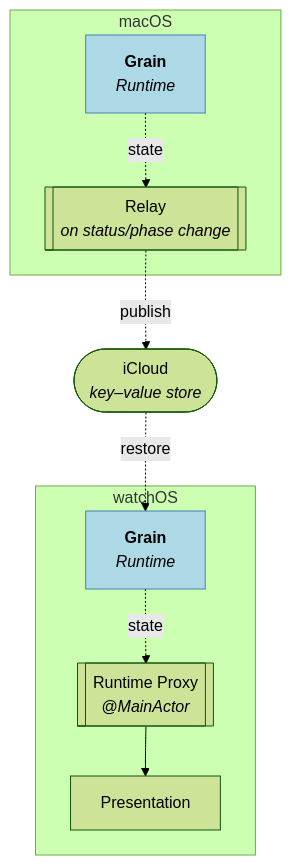
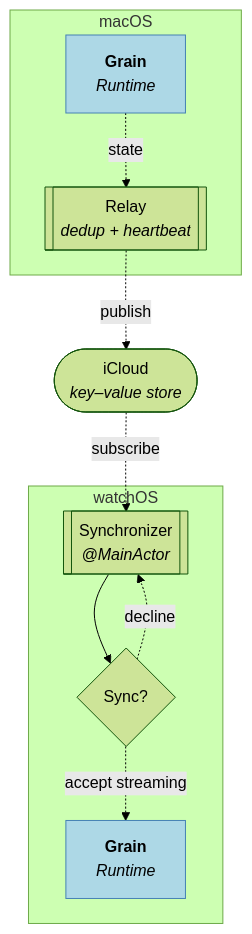
Before and after one commit to vitalydolgov/grain-desktop: the second of 2 diagrams in CLAUDE.md, drawn with Mermaid (forest theme). The commit also changed other lines of this file, not shown here.

````diff
--- a/CLAUDE.md
+++ b/CLAUDE.md
@@ -59,24 +59,25 @@
 ```mermaid
 flowchart TD
     subgraph macOS
         DGrain["<b>Grain</b><br/><i>Runtime</i>"]
-        Relay[["Relay<br/><i>on status/phase change</i>"]]
+        Relay[["Relay<br/><i>dedup + heartbeat</i>"]]
         DGrain -.->|state| Relay
     end
 
     Cloud(["iCloud<br/><i>key–value store</i>"])
 
     subgraph watchOS
+        Sync[["Synchronizer<br/><i>@MainActor</i>"]]
+        Choice{"Sync?"}
         WGrain["<b>Grain</b><br/><i>Runtime</i>"]
-        WProxy[["Runtime Proxy<br/><i>@MainActor</i>"]]
-        WP["Presentation"]
-        WGrain -.->|state| WProxy
-        WProxy --> WP
+        Sync --> Choice
+        Choice -.->|"accept streaming"| WGrain
+        Choice -.->|decline| Sync
     end
 
     Relay -.->|publish| Cloud
-    Cloud -.->|restore| WGrain
+    Cloud -.->|subscribe| Sync
 
     classDef grain fill:lightblue,stroke:steelblue
     class DGrain,WGrain grain
 ```
````
